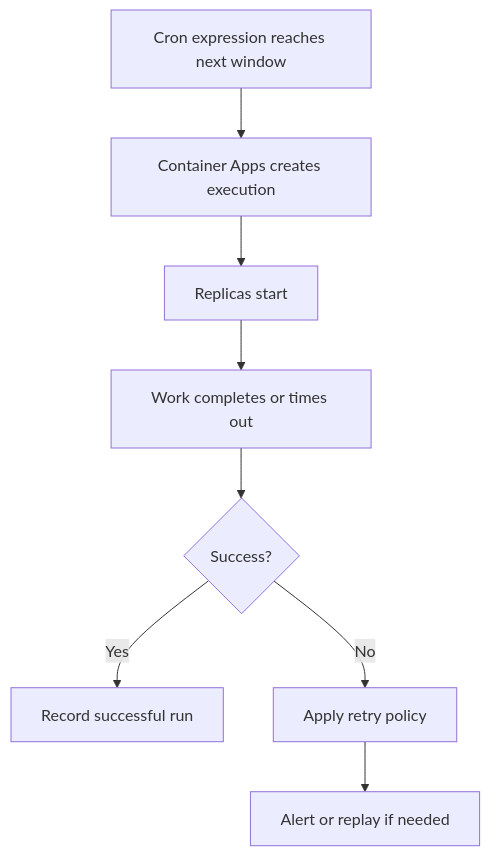
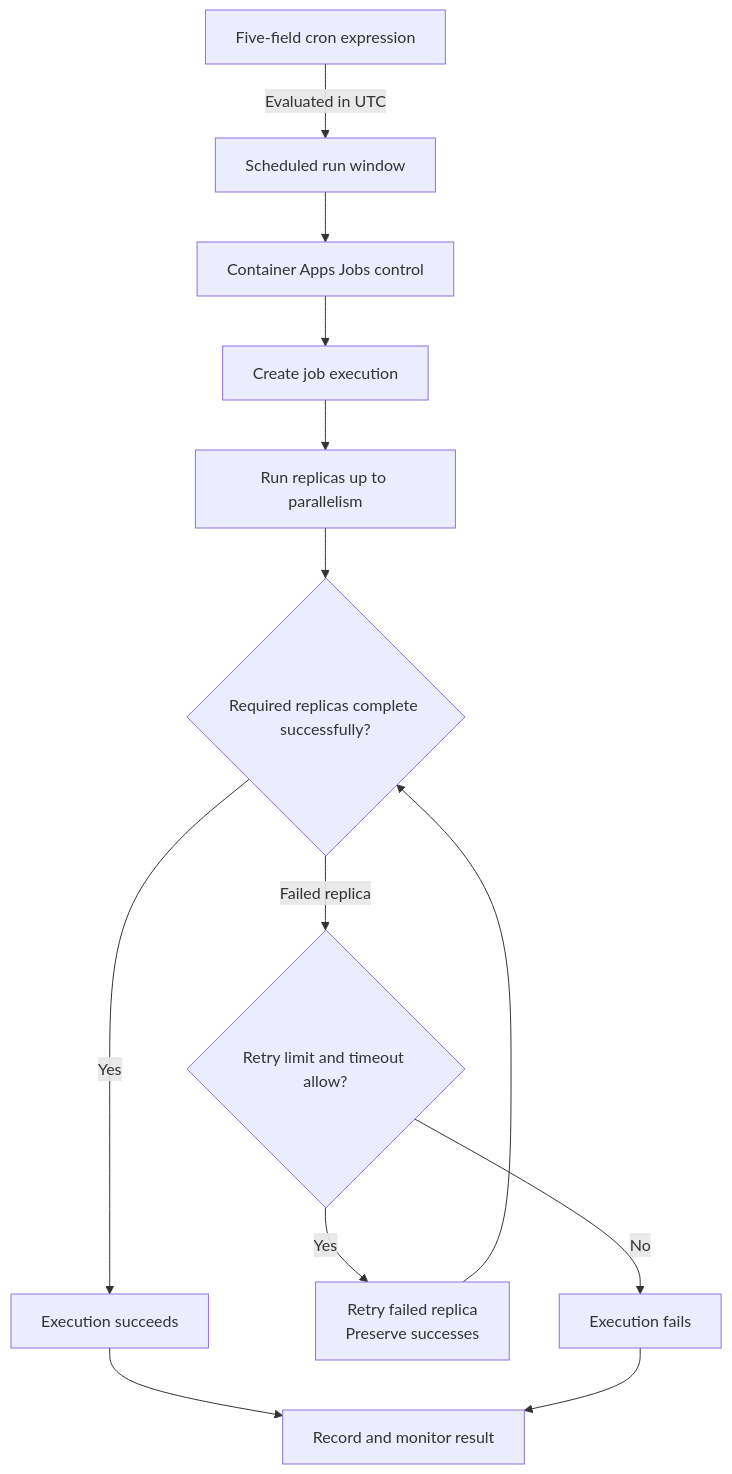
One commit to yeongseon/azure-container-apps-practical-guide changed the diagram in docs/platform/jobs/scheduled-jobs.md. Above: the diagram before and after it, drawn with Mermaid. The commit also changed other lines of this file and 11 other files, not shown here.

Commit message:
docs(diagrams): migrate probe and jobs lifecycle diagrams (#613)

````diff
--- a/docs/platform/jobs/scheduled-jobs.md
+++ b/docs/platform/jobs/scheduled-jobs.md
@@ -110,10 +109,30 @@
 ```mermaid
 flowchart TD
-    A[Cron expression reaches next window] --> B[Container Apps creates execution]
-    B --> C[Replicas start]
-    C --> D[Work completes or times out]
-    D --> E{Success?}
-    E -->|Yes| F[Record successful run]
-    E -->|No| G[Apply retry policy]
-    G --> H[Alert or replay if needed]
+    accTitle: Scheduled job run window
+    accDescr: Shows a five-field cron expression evaluated in UTC, the platform creating an execution, replicas running within timeout, and failed replicas being retried before a terminal result.
+
+    CRON[Five-field cron expression]
+    WINDOW[Scheduled run window]
+    CONTROL[Container Apps Jobs control]
+    EXEC[Create job execution]
+    REPLICAS[Run replicas up to parallelism]
+    RESULT{Required replicas complete successfully?}
+    SUCCESS[Execution succeeds]
+    RETRY{Retry limit and timeout allow?}
+    RETRY_FAILED[Retry failed replica<br/>Preserve successes]
+    FAIL[Execution fails]
+    MONITOR[Record and monitor result]
+
+    CRON -->|Evaluated in UTC| WINDOW
+    WINDOW --> CONTROL
+    CONTROL --> EXEC
+    EXEC --> REPLICAS
+    REPLICAS --> RESULT
+    RESULT -->|Yes| SUCCESS
+    RESULT -->|Failed replica| RETRY
+    RETRY -->|Yes| RETRY_FAILED
+    RETRY_FAILED --> RESULT
+    RETRY -->|No| FAIL
+    SUCCESS --> MONITOR
+    FAIL --> MONITOR
 ```
````
